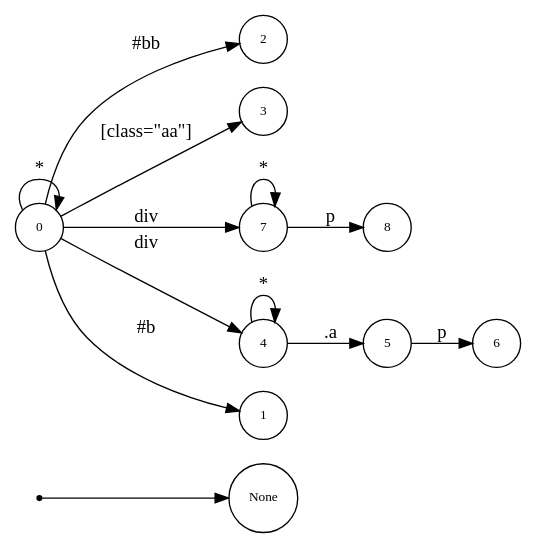
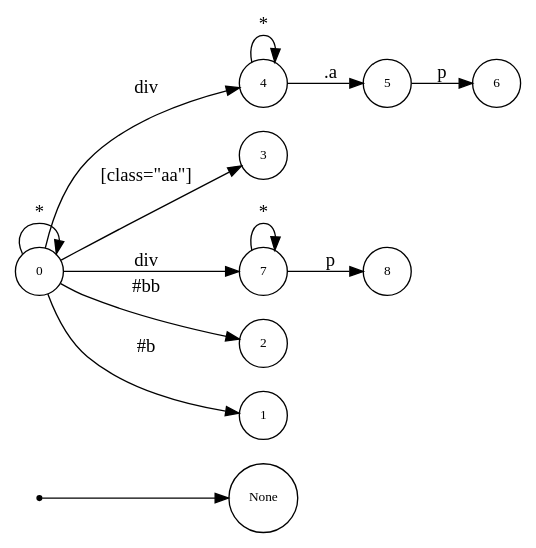
One commit to asukaminato0721/css-bitvector-compiler changed the diagram in css-gen-op/testcase/dot_quad.dot. Above: the diagram before and after it, drawn with Graphviz. The commit also changed other lines of this file and 33 other files, not shown here.

```diff
--- a/css-gen-op/testcase/dot_quad.dot
+++ b/css-gen-op/testcase/dot_quad.dot
@@ -1,27 +1,27 @@
 digraph NFA {
   rankdir=LR;
   node [shape=circle, fontsize=10];
   __start [shape=point, label=""];
   __start -> None;
+  4 [label="4"];
   8 [label="8"];
-  2 [label="2"];
-  0 [label="0"];
-  5 [label="5"];
   6 [label="6"];
   3 [label="3"];
   7 [label="7"];
-  4 [label="4"];
+  2 [label="2"];
+  0 [label="0"];
   1 [label="1"];
+  5 [label="5"];
   { node [shape=doublecircle]; 1 2 3 6 8 }
   0 -> 0 [label="*"];
   0 -> 1 [label="#b"];
   0 -> 2 [label="#bb"];
   0 -> 3 [label="[class=\"aa\"]"];
   0 -> 4 [label="div"];
   4 -> 4 [label="*"];
   4 -> 5 [label=".a"];
   5 -> 6 [label="p"];
   0 -> 7 [label="div"];
   7 -> 7 [label="*"];
   7 -> 8 [label="p"];
 }
```
